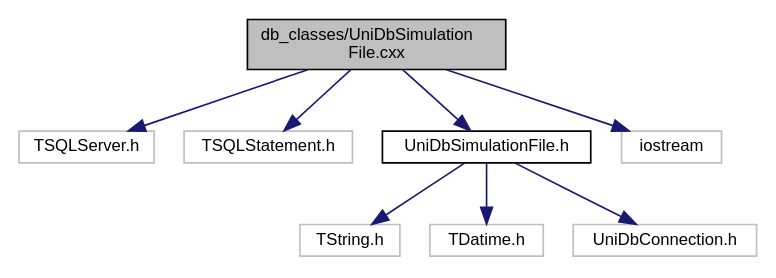
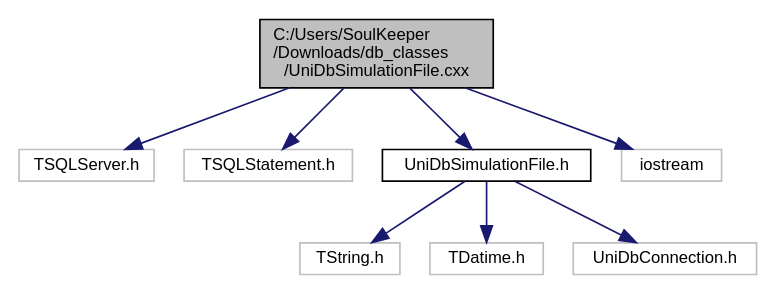
Before and after one commit to mam-mih-val/bmnroot: the diagram in uni_db/docs/ref_man/_uni_db_simulation_file_8cxx__incl.dot, drawn with Graphviz. The commit also changed 142 other files, not shown here.

```diff
--- a/uni_db/docs/ref_man/_uni_db_simulation_file_8cxx__incl.dot
+++ b/uni_db/docs/ref_man/_uni_db_simulation_file_8cxx__incl.dot
@@ -1,20 +1,20 @@
-digraph "db_classes/UniDbSimulationFile.cxx"
+digraph "C:/Users/SoulKeeper/Downloads/db_classes/UniDbSimulationFile.cxx"
 {
   edge [fontname="Helvetica",fontsize="10",labelfontname="Helvetica",labelfontsize="10"];
   node [fontname="Helvetica",fontsize="10",shape=record];
-  Node1 [label="db_classes/UniDbSimulation\lFile.cxx",height=0.2,width=0.4,color="black", fillcolor="grey75", style="filled", fontcolor="black"];
+  Node1 [label="C:/Users/SoulKeeper\l/Downloads/db_classes\l/UniDbSimulationFile.cxx",height=0.2,width=0.4,color="black", fillcolor="grey75", style="filled", fontcolor="black"];
   Node1 -> Node2 [color="midnightblue",fontsize="10",style="solid",fontname="Helvetica"];
   Node2 [label="TSQLServer.h",height=0.2,width=0.4,color="grey75", fillcolor="white", style="filled"];
   Node1 -> Node3 [color="midnightblue",fontsize="10",style="solid",fontname="Helvetica"];
   Node3 [label="TSQLStatement.h",height=0.2,width=0.4,color="grey75", fillcolor="white", style="filled"];
   Node1 -> Node4 [color="midnightblue",fontsize="10",style="solid",fontname="Helvetica"];
   Node4 [label="UniDbSimulationFile.h",height=0.2,width=0.4,color="black", fillcolor="white", style="filled",URL="$_uni_db_simulation_file_8h.html"];
   Node4 -> Node5 [color="midnightblue",fontsize="10",style="solid",fontname="Helvetica"];
   Node5 [label="TString.h",height=0.2,width=0.4,color="grey75", fillcolor="white", style="filled"];
   Node4 -> Node6 [color="midnightblue",fontsize="10",style="solid",fontname="Helvetica"];
   Node6 [label="TDatime.h",height=0.2,width=0.4,color="grey75", fillcolor="white", style="filled"];
   Node4 -> Node7 [color="midnightblue",fontsize="10",style="solid",fontname="Helvetica"];
   Node7 [label="UniDbConnection.h",height=0.2,width=0.4,color="grey75", fillcolor="white", style="filled"];
   Node1 -> Node8 [color="midnightblue",fontsize="10",style="solid",fontname="Helvetica"];
   Node8 [label="iostream",height=0.2,width=0.4,color="grey75", fillcolor="white", style="filled"];
 }
```
